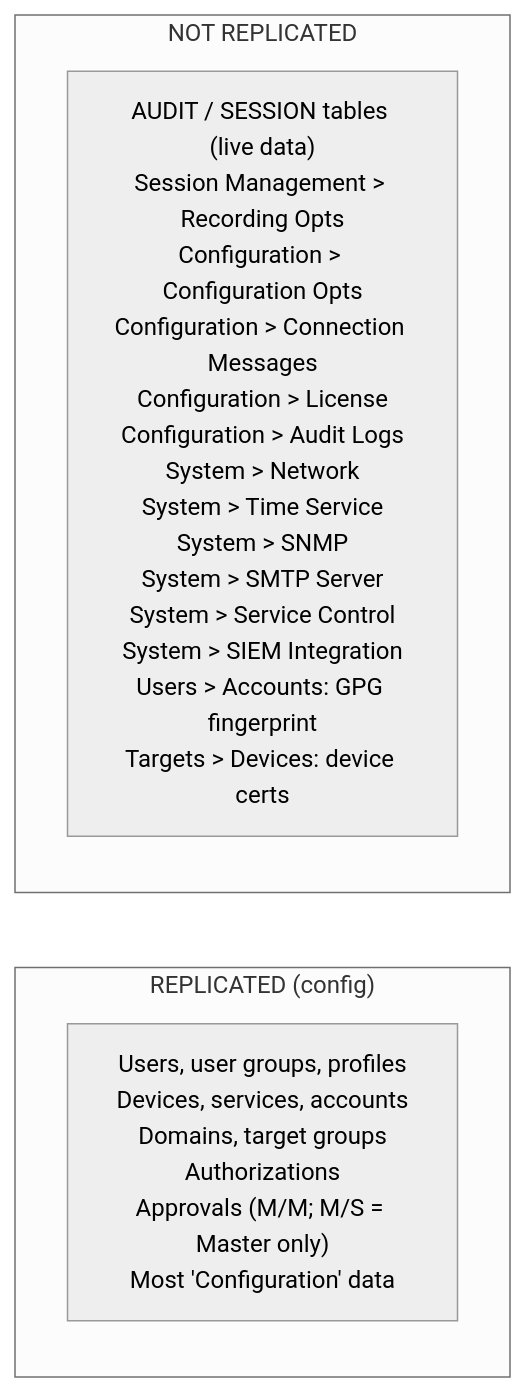
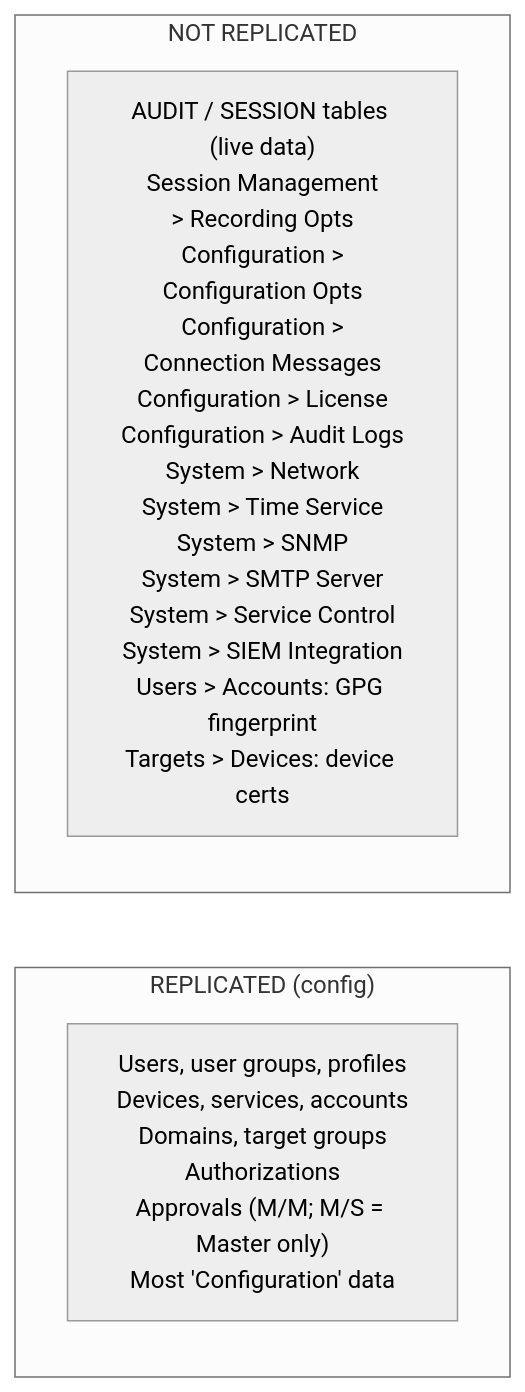
One commit to morandeirachema/WallixCerts changed the third of 5 diagrams in certs/wallix/deep-dives/high-availability-and-dr.md. Above: the diagram before and after it, drawn with Mermaid (neutral theme). The commit also changed other lines of this file and 35 other files, not shown here.

First line of the commit message:
Tidy Mermaid boxes: balanced wrapping at a narrower width (36)

````diff
--- a/certs/wallix/deep-dives/high-availability-and-dr.md
+++ b/certs/wallix/deep-dives/high-availability-and-dr.md
@@ -103,11 +103,11 @@
 ```mermaid
 flowchart LR
     subgraph Replicated["REPLICATED (config)"]
         direction TB
         R["Users, user groups, profiles<br/>Devices, services, accounts<br/>Domains, target groups<br/>Authorizations<br/>Approvals (M/M; M/S = Master only)<br/>Most 'Configuration' data"]
     end
     subgraph NotReplicated["NOT REPLICATED"]
         direction TB
-        N["AUDIT / SESSION tables (live data)<br/>Session Management &gt; Recording Opts<br/>Configuration &gt; Configuration Opts<br/>Configuration &gt; Connection Messages<br/>Configuration &gt; License<br/>Configuration &gt; Audit Logs<br/>System &gt; Network<br/>System &gt; Time Service<br/>System &gt; SNMP<br/>System &gt; SMTP Server<br/>System &gt; Service Control<br/>System &gt; SIEM Integration<br/>Users &gt; Accounts: GPG fingerprint<br/>Targets &gt; Devices: device certs"]
+        N["AUDIT / SESSION tables (live data)<br/>Session Management<br/>&gt; Recording Opts<br/>Configuration &gt;<br/>Configuration Opts<br/>Configuration &gt;<br/>Connection Messages<br/>Configuration &gt; License<br/>Configuration &gt; Audit Logs<br/>System &gt; Network<br/>System &gt; Time Service<br/>System &gt; SNMP<br/>System &gt; SMTP Server<br/>System &gt; Service Control<br/>System &gt; SIEM Integration<br/>Users &gt; Accounts: GPG fingerprint<br/>Targets &gt; Devices: device certs"]
     end
 ```
````
